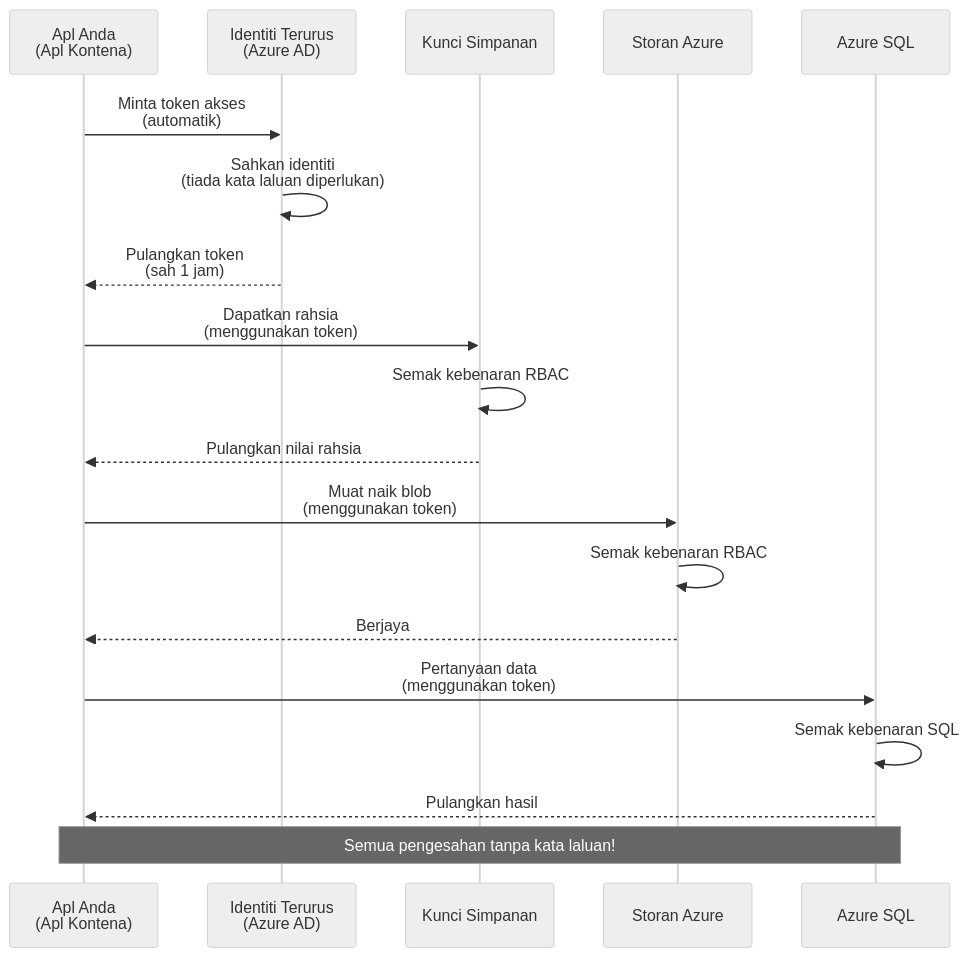
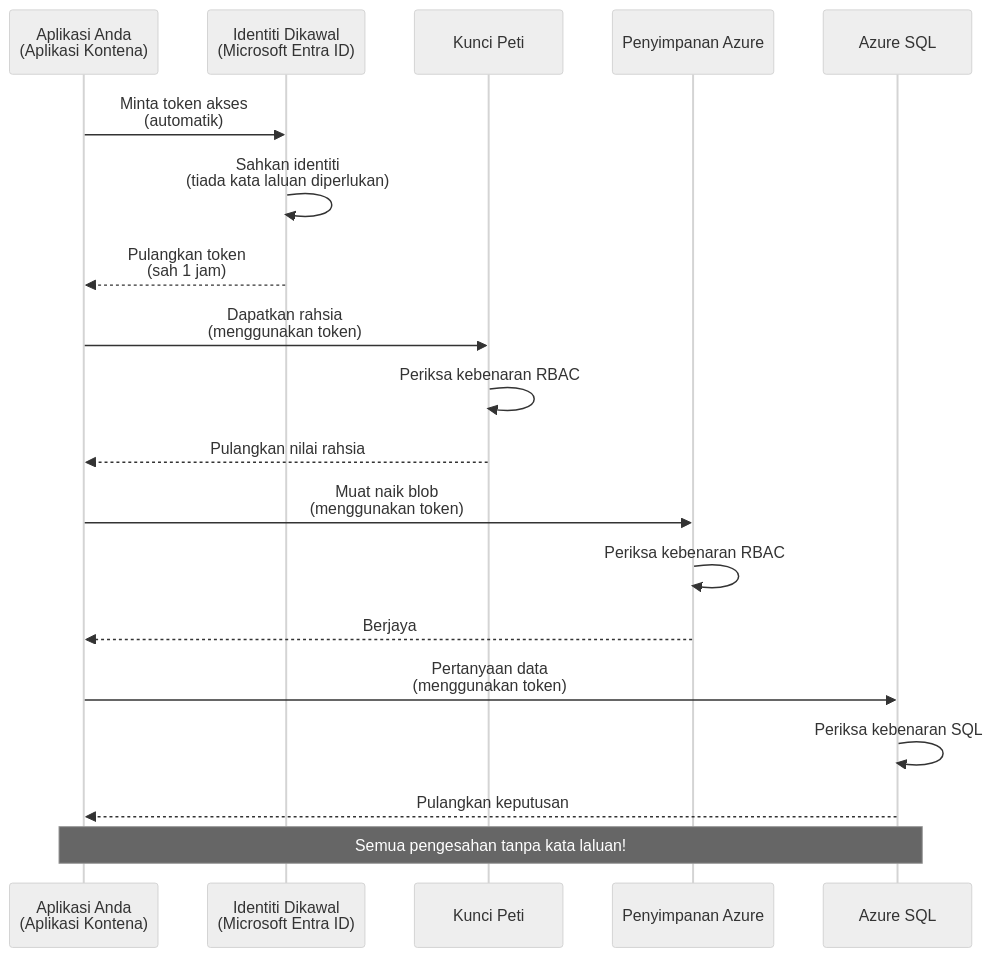
Before and after one commit to microsoft/AZD-for-beginners: the first of 2 diagrams in translations/ms/docs/chapter-03-configuration/authsecurity.md, drawn with Mermaid (neutral theme). The commit also changed other lines of this file and 104 other files, not shown here.

````diff
--- a/translations/ms/docs/chapter-03-configuration/authsecurity.md
+++ b/translations/ms/docs/chapter-03-configuration/authsecurity.md
@@ -69,26 +69,26 @@
 ```mermaid
 sequenceDiagram
-    participant App as Apl Anda<br/>(Apl Kontena)
-    participant MI as Identiti Terurus<br/>(Azure AD)
-    participant KV as Kunci Simpanan
-    participant Storage as Storan Azure
+    participant App as Aplikasi Anda<br/>(Aplikasi Kontena)
+    participant MI as Identiti Dikawal<br/>(Microsoft Entra ID)
+    participant KV as Kunci Peti
+    participant Storage as Penyimpanan Azure
     participant DB as Azure SQL
     
     App->>MI: Minta token akses<br/>(automatik)
     MI->>MI: Sahkan identiti<br/>(tiada kata laluan diperlukan)
     MI-->>App: Pulangkan token<br/>(sah 1 jam)
     
     App->>KV: Dapatkan rahsia<br/>(menggunakan token)
-    KV->>KV: Semak kebenaran RBAC
+    KV->>KV: Periksa kebenaran RBAC
     KV-->>App: Pulangkan nilai rahsia
     
     App->>Storage: Muat naik blob<br/>(menggunakan token)
-    Storage->>Storage: Semak kebenaran RBAC
+    Storage->>Storage: Periksa kebenaran RBAC
     Storage-->>App: Berjaya
     
     App->>DB: Pertanyaan data<br/>(menggunakan token)
-    DB->>DB: Semak kebenaran SQL
-    DB-->>App: Pulangkan hasil
+    DB->>DB: Periksa kebenaran SQL
+    DB-->>App: Pulangkan keputusan
     
     Note over App,DB: Semua pengesahan tanpa kata laluan!
 ```
````
